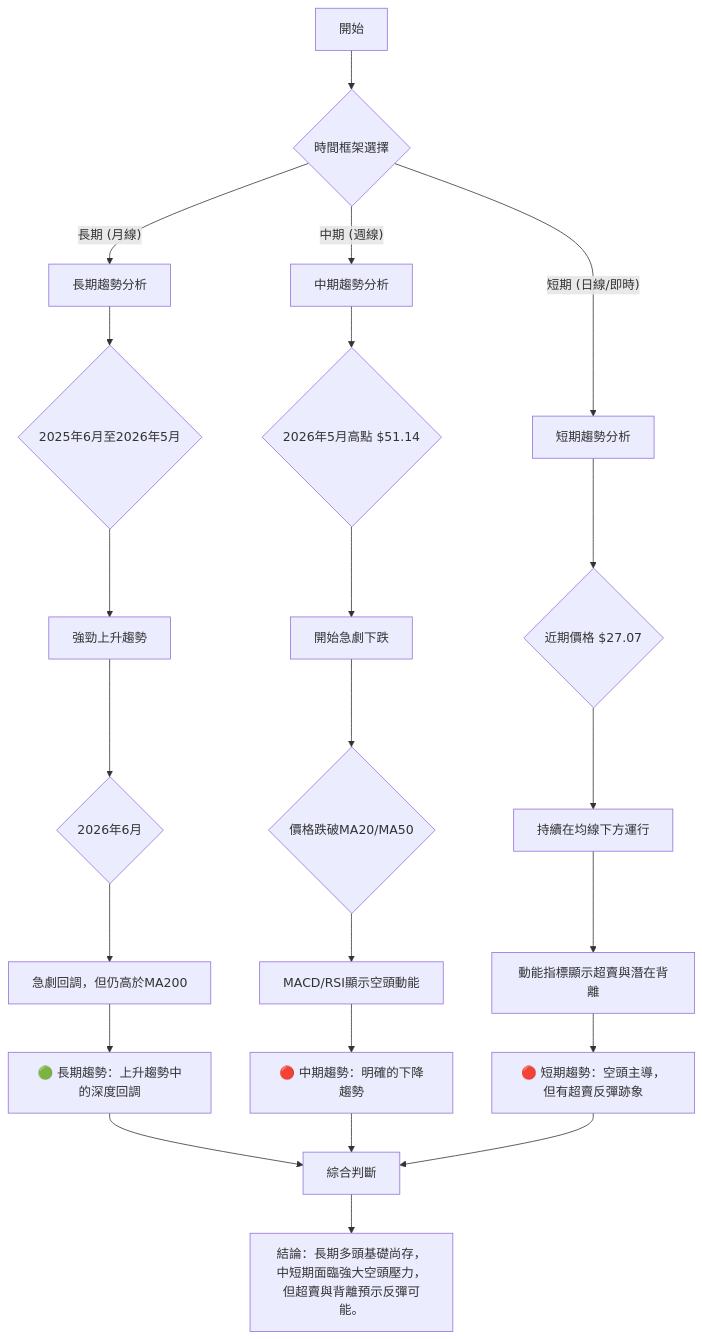
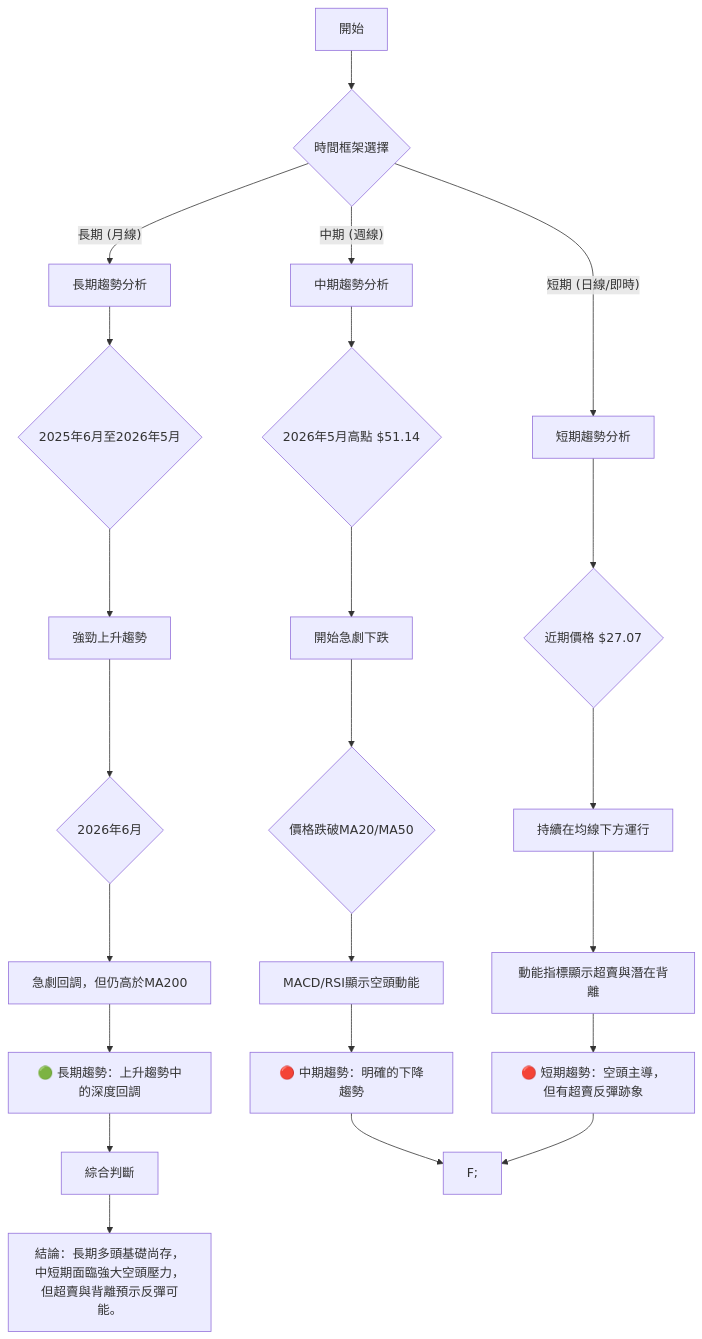
One commit to yennanliu/finance_data changed the second of 6 diagrams in ai_gen_report/stock/pl/technical_analysis_2026-06-27_gemini.md. Above: the diagram before and after it, drawn with Mermaid. The commit also changed other lines of this file and 2258 other files, not shown here.

First line of the commit message:
chore: backfill Mermaid syntax repair across existing reports

````diff
--- a/ai_gen_report/stock/pl/technical_analysis_2026-06-27_gemini.md
+++ b/ai_gen_report/stock/pl/technical_analysis_2026-06-27_gemini.md
@@ -125,29 +125,29 @@
 ```mermaid
 graph TD
-    A[開始] --> B{時間框架選擇};
-    B -- 長期 (月線) --> C[長期趨勢分析];
-    B -- 中期 (週線) --> D[中期趨勢分析];
-    B -- 短期 (日線/即時) --> E[短期趨勢分析];
+    A["開始"] --> B{"時間框架選擇"};
+    B -- 長期 (月線) --> C["長期趨勢分析"];
+    B -- 中期 (週線) --> D["中期趨勢分析"];
+    B -- 短期 (日線/即時) --> E["短期趨勢分析"];
 
-    C --> C1{2025年6月至2026年5月};
-    C1 --> C2[強勁上升趨勢];
-    C2 --> C3{2026年6月};
-    C3 --> C4[急劇回調，但仍高於MA200];
-    C4 --> C_Verdict[🟢 長期趨勢：上升趨勢中的深度回調];
+    C --> C1{"2025年6月至2026年5月"};
+    C1 --> C2["強勁上升趨勢"];
+    C2 --> C3{"2026年6月"};
+    C3 --> C4["急劇回調，但仍高於MA200"];
+    C4 --> C_Verdict["🟢 長期趨勢：上升趨勢中的深度回調"];
 
-    D --> D1{2026年5月高點 $51.14};
-    D1 --> D2[開始急劇下跌];
-    D2 --> D3{價格跌破MA20/MA50};
-    D3 --> D4[MACD/RSI顯示空頭動能];
-    D4 --> D_Verdict[🔴 中期趨勢：明確的下降趨勢];
+    D --> D1{"2026年5月高點 $51.14"};
+    D1 --> D2["開始急劇下跌"];
+    D2 --> D3{"價格跌破MA20/MA50"};
+    D3 --> D4["MACD/RSI顯示空頭動能"];
+    D4 --> D_Verdict["🔴 中期趨勢：明確的下降趨勢"];
 
-    E --> E1{近期價格 $27.07};
-    E1 --> E2[持續在均線下方運行];
-    E2 --> E3[動能指標顯示超賣與潛在背離];
-    E3 --> E_Verdict[🔴 短期趨勢：空頭主導，但有超賣反彈跡象];
+    E --> E1{"近期價格 $27.07"};
+    E1 --> E2["持續在均線下方運行"];
+    E2 --> E3["動能指標顯示超賣與潛在背離"];
+    E3 --> E_Verdict["🔴 短期趨勢：空頭主導，但有超賣反彈跡象"];
 
-    C_Verdict --> F[綜合判斷];
-    D_Verdict --> F;
-    E_Verdict --> F;
-    F --> G[結論：長期多頭基礎尚存，中短期面臨強大空頭壓力，但超賣與背離預示反彈可能。];
+    C_Verdict --> F["綜合判斷"];
+    D_Verdict --> nb1["F;"]
+    E_Verdict --> nb1["F;"]
+    F --> G["結論：長期多頭基礎尚存，中短期面臨強大空頭壓力，但超賣與背離預示反彈可能。"];
 ```
````
